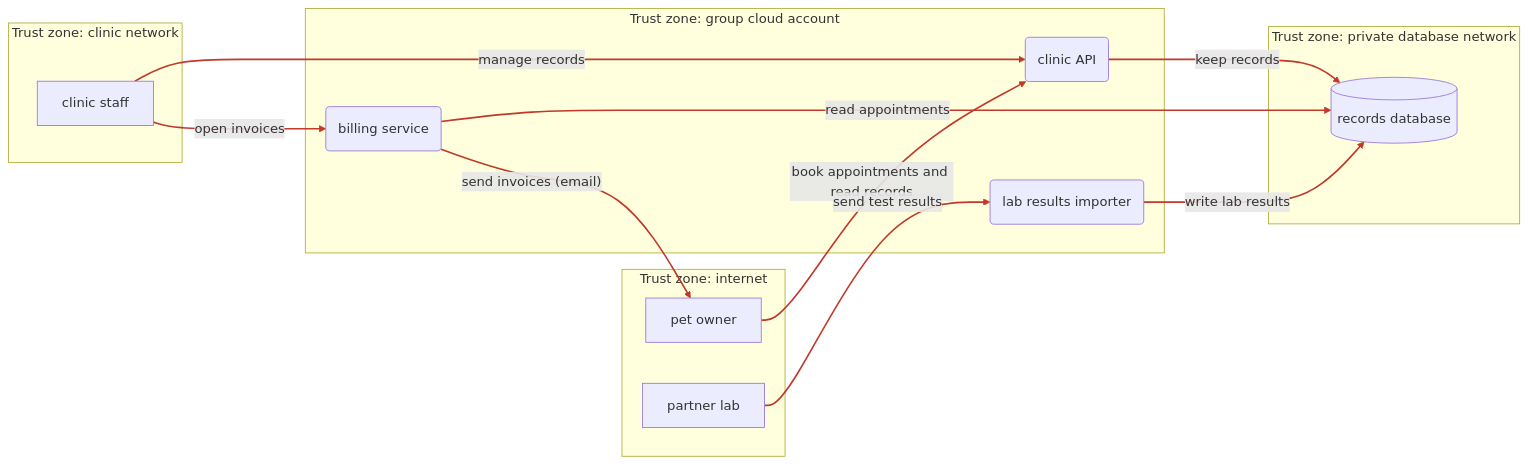
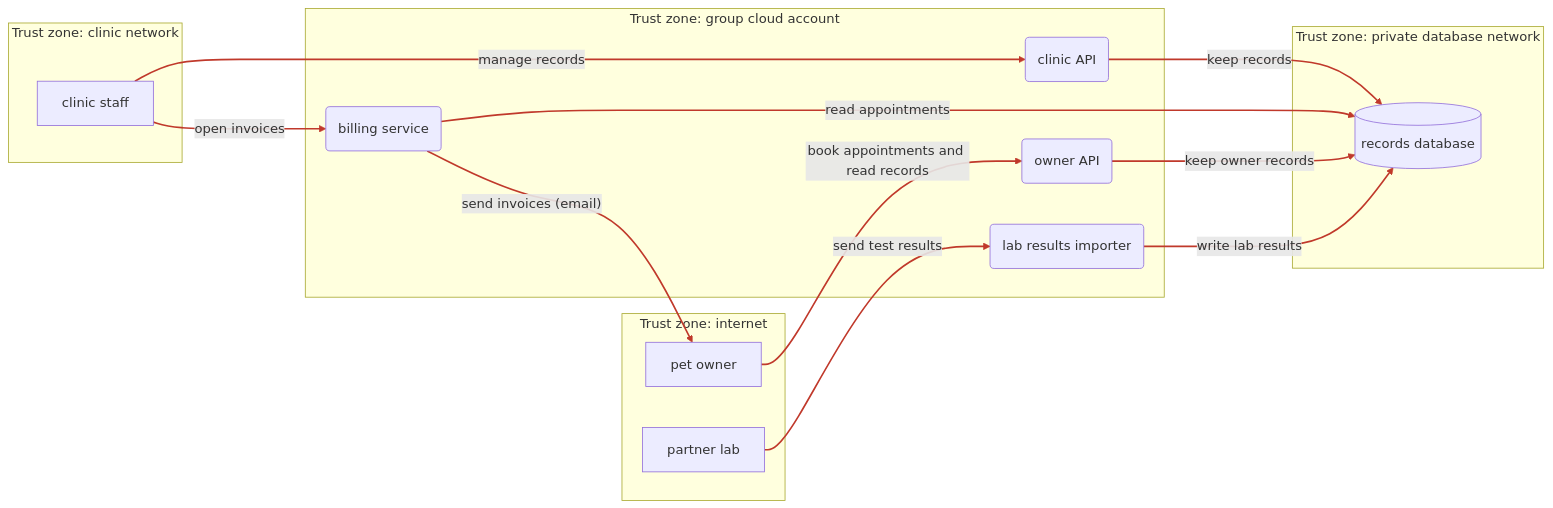
Before and after one commit to mstarks01/work-agent: the diagram in evals/diagrams/19-vet-clinic-records.mmd, drawn with Mermaid. The commit also changed 18 other files, not shown here.

```diff
--- a/evals/diagrams/19-vet-clinic-records.mmd
+++ b/evals/diagrams/19-vet-clinic-records.mmd
@@ -1,33 +1,36 @@
 flowchart LR
     %% Shapes: id[name] is an external entity, id(name) a process, id[(name)] a data store.
     subgraph z0["Trust zone: internet"]
         n0["pet owner"]
         n2["partner lab"]
     end
     subgraph z1["Trust zone: clinic network"]
         n1["clinic staff"]
     end
     subgraph z2["Trust zone: group cloud account"]
-        n3("clinic API")
-        n4("lab results importer")
-        n5("billing service")
+        n3("owner API")
+        n4("clinic API")
+        n5("lab results importer")
+        n6("billing service")
     end
     subgraph z3["Trust zone: private database network"]
-        n6[("records database")]
+        n7[("records database")]
     end
     n0 -->|"book appointments and read records"| n3
     linkStyle 0 stroke:#c0392b,stroke-width:2px
-    n1 -->|"manage records"| n3
+    n3 -->|"keep owner records"| n7
     linkStyle 1 stroke:#c0392b,stroke-width:2px
-    n3 -->|"keep records"| n6
+    n1 -->|"manage records"| n4
     linkStyle 2 stroke:#c0392b,stroke-width:2px
-    n2 -->|"send test results"| n4
+    n4 -->|"keep records"| n7
     linkStyle 3 stroke:#c0392b,stroke-width:2px
-    n4 -->|"write lab results"| n6
+    n2 -->|"send test results"| n5
     linkStyle 4 stroke:#c0392b,stroke-width:2px
-    n5 -->|"read appointments"| n6
+    n5 -->|"write lab results"| n7
     linkStyle 5 stroke:#c0392b,stroke-width:2px
-    n5 -->|"send invoices (email)"| n0
+    n6 -->|"read appointments"| n7
     linkStyle 6 stroke:#c0392b,stroke-width:2px
-    n1 -->|"open invoices"| n5
+    n6 -->|"send invoices (email)"| n0
     linkStyle 7 stroke:#c0392b,stroke-width:2px
+    n1 -->|"open invoices"| n6
+    linkStyle 8 stroke:#c0392b,stroke-width:2px
```
